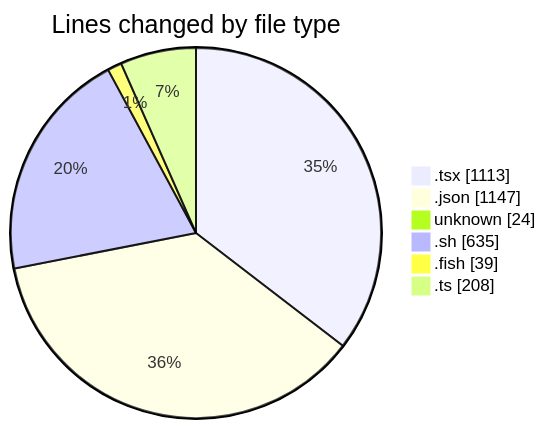
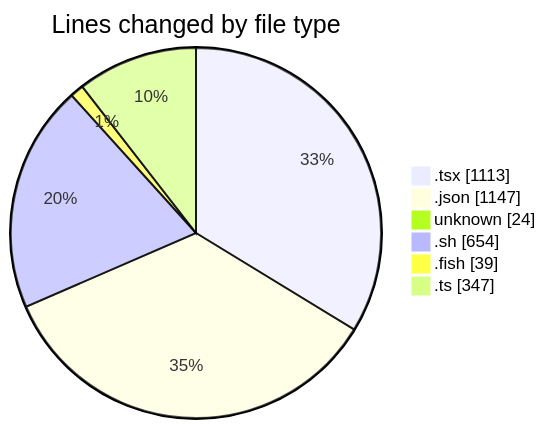
The first of 2 diagrams in 2025-07-17/ribbon/README.md (EIIisD/code-tracking), drawn with Mermaid before and after one commit. The commit also changed other lines of this file and 1 other file, not shown here.

````diff
--- a/2025-07-17/ribbon/README.md
+++ b/2025-07-17/ribbon/README.md
@@ -38,10 +40,10 @@
 ```mermaid
 pie showData
 title Lines changed by file type
 ".tsx" : 1113
 ".json" : 1147
 "unknown" : 24
-".sh" : 635
+".sh" : 654
 ".fish" : 39
-".ts" : 208
+".ts" : 347
 ```
````
